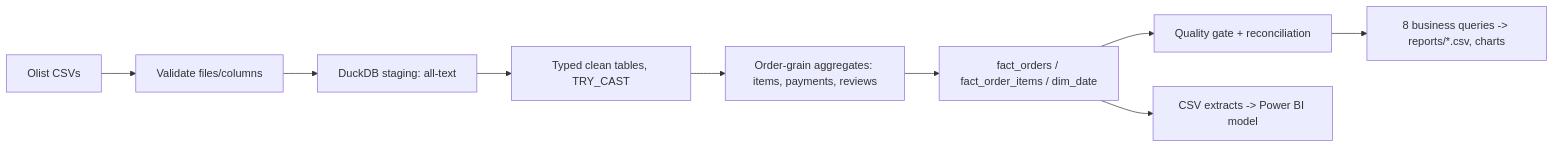
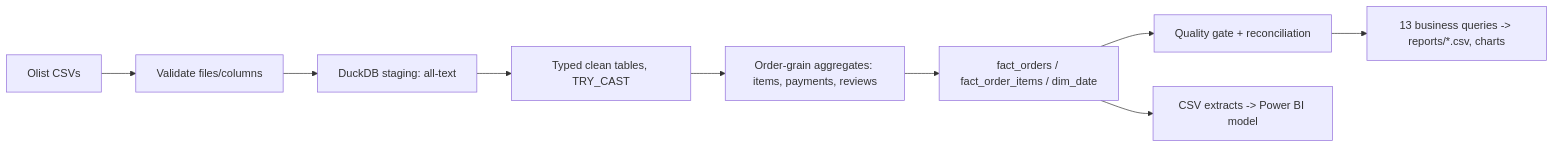
Before and after one commit to musab-abukaraki-66/marketplace-operations-customer-experience-analytics: the diagram in README.md, drawn with Mermaid. The commit also changed other lines of this file and 33 other files, not shown here.

First line of the commit message:
Run pipeline on real Olist data; add findings, new queries, charts, EDA notebook

````diff
--- a/README.md
+++ b/README.md
@@ -22,11 +24,11 @@
 ```mermaid
 flowchart LR
   A[Olist CSVs] --> B[Validate files/columns]
   B --> C[DuckDB staging: all-text]
   C --> D[Typed clean tables, TRY_CAST]
   D --> E[Order-grain aggregates: items, payments, reviews]
   E --> F[fact_orders / fact_order_items / dim_date]
   F --> G[Quality gate + reconciliation]
-  G --> H[8 business queries -> reports/*.csv, charts]
+  G --> H[13 business queries -> reports/*.csv, charts]
   F --> I[CSV extracts -> Power BI model]
 ```
````
